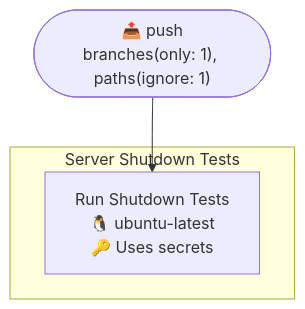
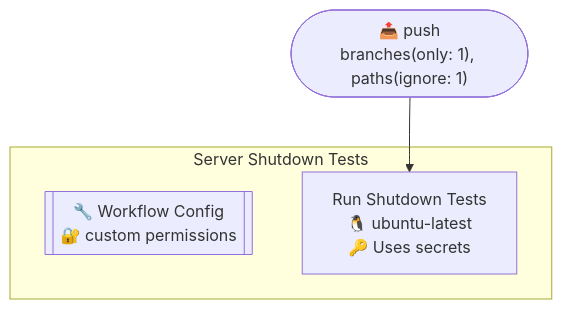
The first of 2 diagrams in .github/typeflows/shutdown-tests/README.md (http4k/http4k), drawn with Mermaid before and after one commit. The commit also changed 35 other files, not shown here.

````diff
--- a/.github/typeflows/shutdown-tests/README.md
+++ b/.github/typeflows/shutdown-tests/README.md
@@ -3,9 +3,10 @@
 ```mermaid
 %%{init: {"flowchart": {"curve": "basis"}}}%%
 flowchart TD
     push(["📤 push<br/>branches(only: 1), paths(ignore: 1)"])
     subgraph shutdowntestsyml["Server Shutdown Tests"]
+        shutdowntestsyml_metadata[["🔧 Workflow Config<br/>🔐 custom permissions"]]
         shutdowntestsyml_runtests["Run Shutdown Tests<br/>🐧 ubuntu-latest<br/>🔑 Uses secrets"]
     end
     push --> shutdowntestsyml_runtests
 ```
````
